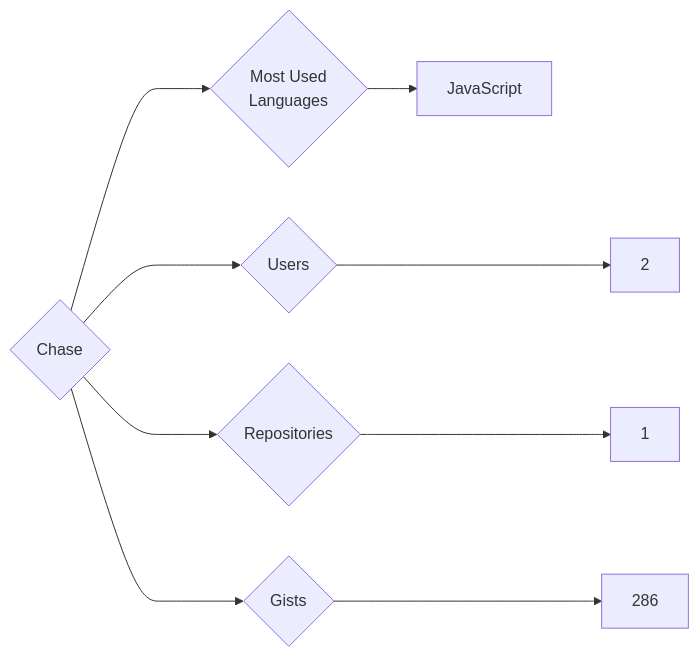
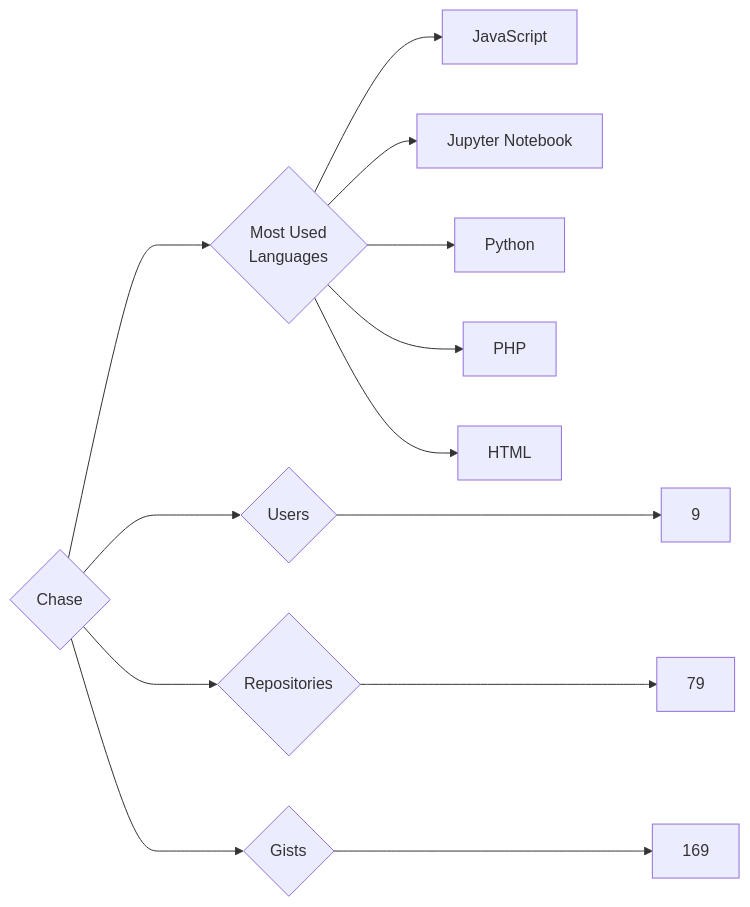
One commit to trickest/insiders changed the diagram in targets/Chase/README.md. Above: the diagram before and after it, drawn with Mermaid. The commit also changed 745 other files, not shown here.

````diff
--- a/targets/Chase/README.md
+++ b/targets/Chase/README.md
@@ -3,9 +3,13 @@
 ```mermaid
 graph LR
 COMPANY_NAME{Chase}
-COMPANY_NAME ---> U{Users} ---> UN[2]
-COMPANY_NAME ---> R{Repositories} ---> RN[1]
-COMPANY_NAME ---> G{Gists} ---> GN[286]
+COMPANY_NAME ---> U{Users} ---> UN[9]
+COMPANY_NAME ---> R{Repositories} ---> RN[79]
+COMPANY_NAME ---> G{Gists} ---> GN[169]
 COMPANY_NAME ---> ML{Most Used<br>Languages}
 ML --> JavaScript[JavaScript]
+ML --> Jupyter_Notebook[Jupyter Notebook]
+ML --> Python[Python]
+ML --> PHP[PHP]
+ML --> HTML[HTML]
 ```
````
